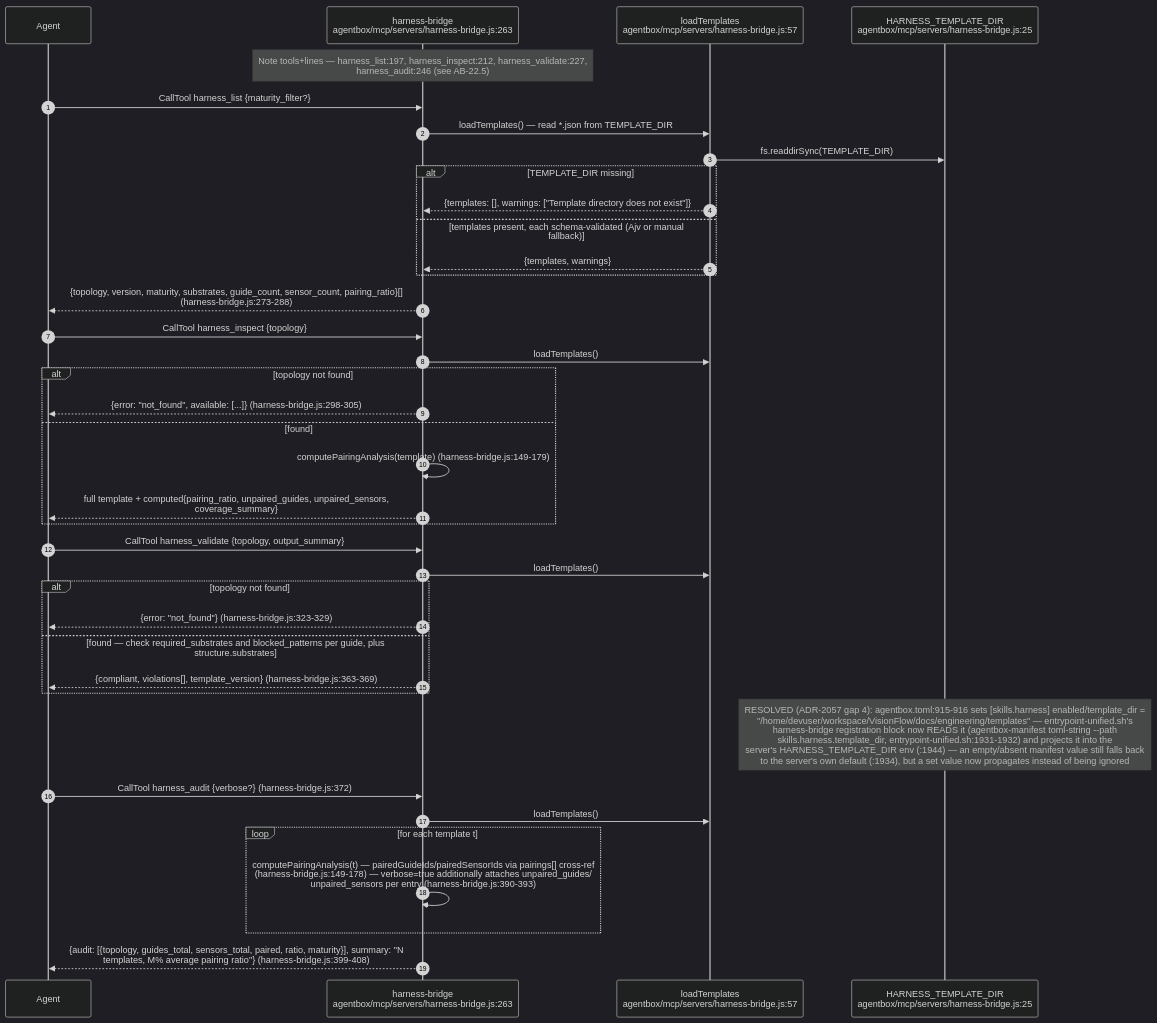
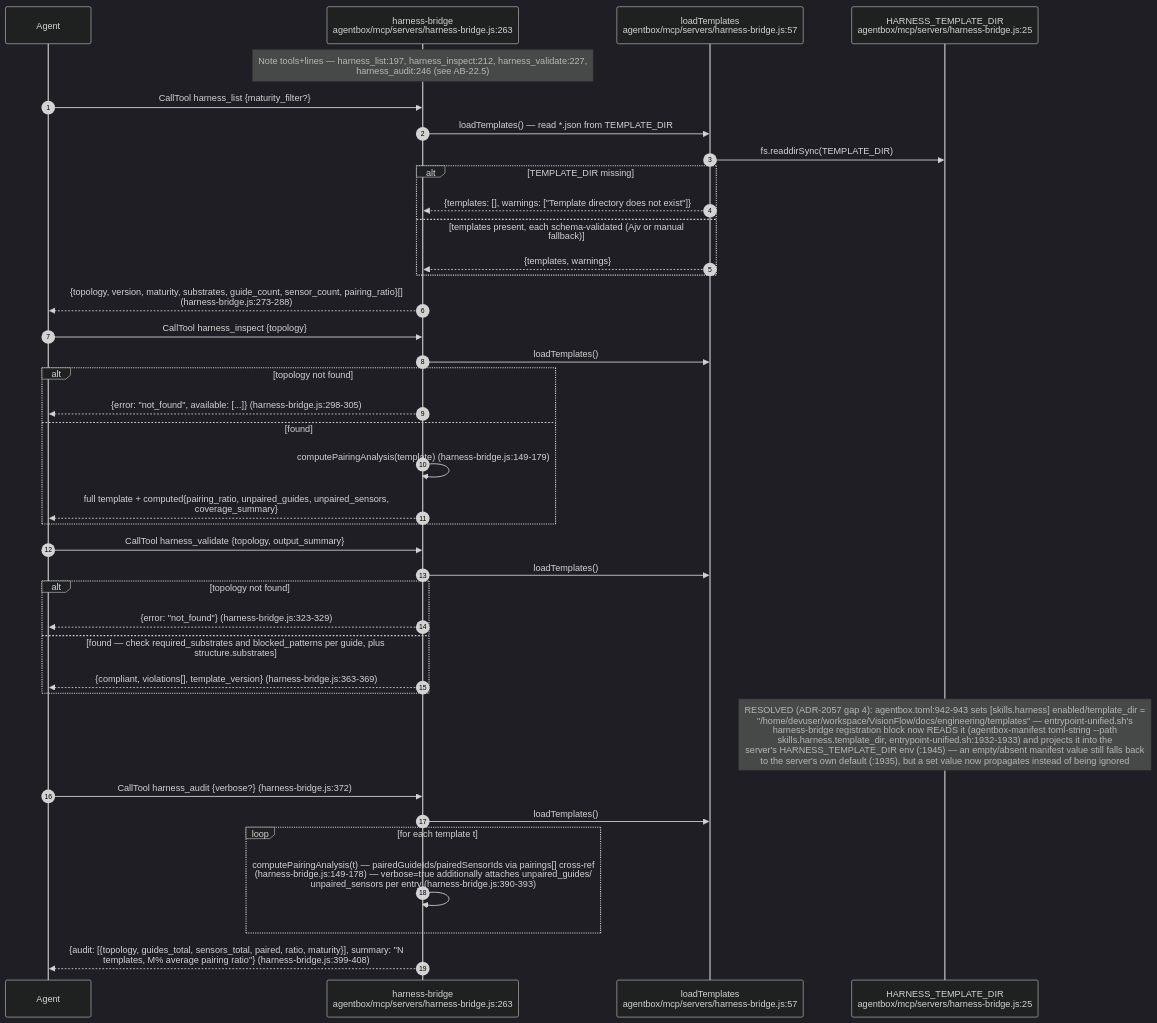
One commit to DreamLab-AI/VisionFlow changed the fifth of 12 diagrams in docs/diagrams/agentbox/22-skills-and-routing.md. Above: the diagram before and after it, drawn with Mermaid (dark theme). The commit also changed other lines of this file and 94 other files, not shown here.

First line of the commit message:
docs(diagrams): re-verify 130 topics against 2 October HEADs

````diff
--- a/docs/diagrams/agentbox/22-skills-and-routing.md
+++ b/docs/diagrams/agentbox/22-skills-and-routing.md
@@ -205,44 +207,44 @@
 ```mermaid
 sequenceDiagram
     autonumber
     participant AG as Agent
     participant HB as harness-bridge<br/>agentbox/mcp/servers/harness-bridge.js:263
     participant LT as loadTemplates<br/>agentbox/mcp/servers/harness-bridge.js:57
     participant TD as HARNESS_TEMPLATE_DIR<br/>agentbox/mcp/servers/harness-bridge.js:25
 
     Note over HB: Note tools+lines — harness_list:197, harness_inspect:212, harness_validate:227,<br/>harness_audit:246 (see AB-22.5)
     AG->>HB: CallTool harness_list {maturity_filter?}
     HB->>LT: loadTemplates() — read *.json from TEMPLATE_DIR
     LT->>TD: fs.readdirSync(TEMPLATE_DIR)
     alt TEMPLATE_DIR missing
         LT-->>HB: {templates: [], warnings: ["Template directory does not exist"]}
     else templates present, each schema-validated (Ajv or manual fallback)
         LT-->>HB: {templates, warnings}
     end
     HB-->>AG: {topology, version, maturity, substrates, guide_count, sensor_count, pairing_ratio}[]<br/>(harness-bridge.js:273-288)
 
     AG->>HB: CallTool harness_inspect {topology}
     HB->>LT: loadTemplates()
     alt topology not found
         HB-->>AG: {error: "not_found", available: [...]} (harness-bridge.js:298-305)
     else found
         HB->>HB: computePairingAnalysis(template) (harness-bridge.js:149-179)
         HB-->>AG: full template + computed{pairing_ratio, unpaired_guides, unpaired_sensors,<br/>coverage_summary}
     end
 
     AG->>HB: CallTool harness_validate {topology, output_summary}
     HB->>LT: loadTemplates()
     alt topology not found
         HB-->>AG: {error: "not_found"} (harness-bridge.js:323-329)
     else found — check required_substrates and blocked_patterns per guide, plus structure.substrates
         HB-->>AG: {compliant, violations[], template_version} (harness-bridge.js:363-369)
     end
-    Note over TD: RESOLVED (ADR-2057 gap 4): agentbox.toml:915-916 sets [skills.harness] enabled/template_dir =<br/>"/home/devuser/workspace/VisionFlow/docs/engineering/templates" — entrypoint-unified.sh's<br/>harness-bridge registration block now READS it (agentbox-manifest toml-string --path<br/>skills.harness.template_dir, entrypoint-unified.sh:1931-1932) and projects it into the<br/>server's HARNESS_TEMPLATE_DIR env (:1944) — an empty/absent manifest value still falls back<br/>to the server's own default (:1934), but a set value now propagates instead of being ignored
+    Note over TD: RESOLVED (ADR-2057 gap 4): agentbox.toml:942-943 sets [skills.harness] enabled/template_dir =<br/>"/home/devuser/workspace/VisionFlow/docs/engineering/templates" — entrypoint-unified.sh's<br/>harness-bridge registration block now READS it (agentbox-manifest toml-string --path<br/>skills.harness.template_dir, entrypoint-unified.sh:1932-1933) and projects it into the<br/>server's HARNESS_TEMPLATE_DIR env (:1945) — an empty/absent manifest value still falls back<br/>to the server's own default (:1935), but a set value now propagates instead of being ignored
 
     AG->>HB: CallTool harness_audit {verbose?} (harness-bridge.js:372)
     HB->>LT: loadTemplates()
     loop for each template t
         HB->>HB: computePairingAnalysis(t) — pairedGuideIds/pairedSensorIds via pairings[] cross-ref<br/>(harness-bridge.js:149-178) — verbose=true additionally attaches unpaired_guides/<br/>unpaired_sensors per entry (harness-bridge.js:390-393)
     end
     HB-->>AG: {audit: [{topology, guides_total, sensors_total, paired, ratio, maturity}], summary: "N<br/>templates, M% average pairing ratio"} (harness-bridge.js:399-408)
 ```
````
